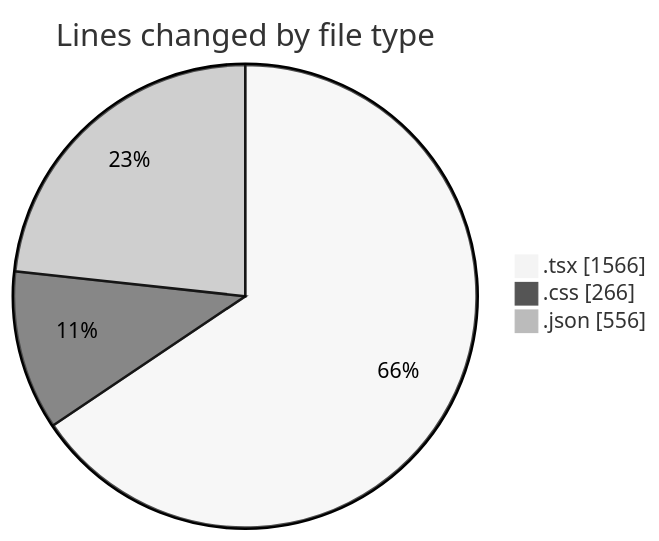
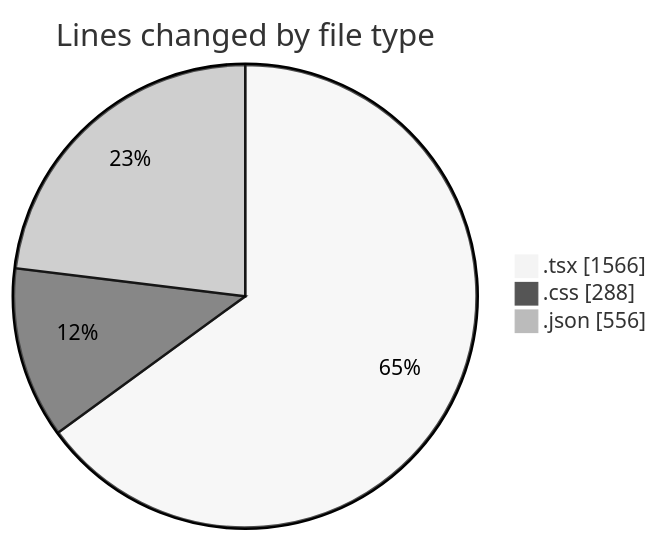
Before and after one commit to EIIisD/code-tracking: the first of 2 diagrams in 2025-08-04/tw-server/README.md, drawn with Mermaid (neutral theme). The commit also changed other lines of this file and 1 other file, not shown here.

````diff
--- a/2025-08-04/tw-server/README.md
+++ b/2025-08-04/tw-server/README.md
@@ -28,7 +28,7 @@
 ```mermaid
 pie showData
 title Lines changed by file type
 ".tsx" : 1566
-".css" : 266
+".css" : 288
 ".json" : 556
 ```
````
